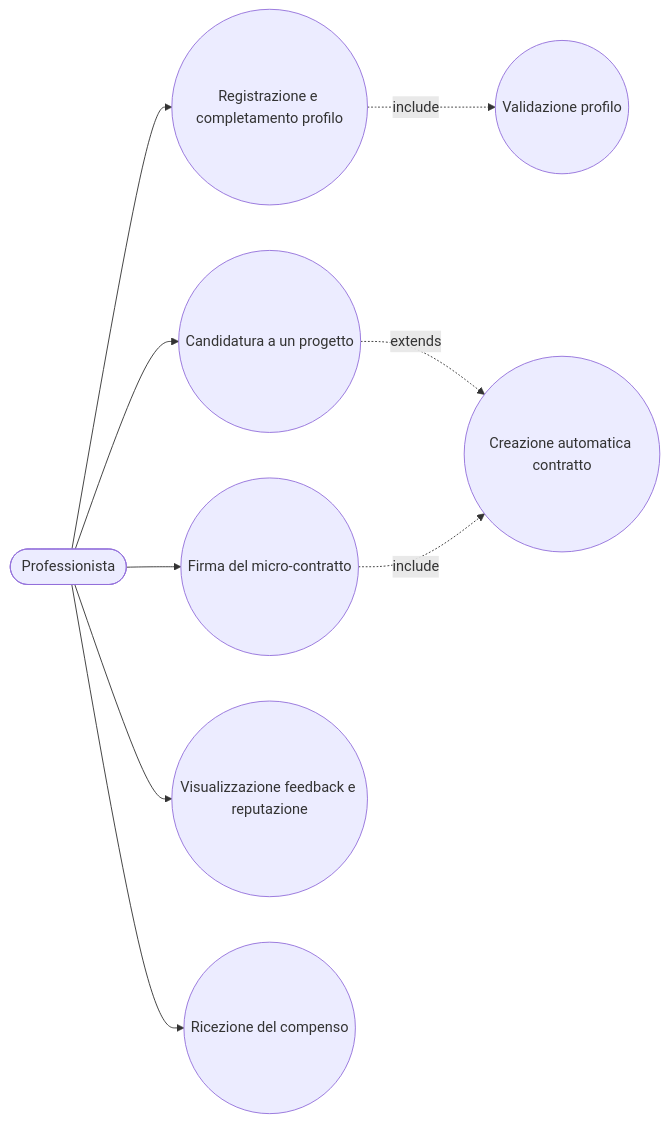
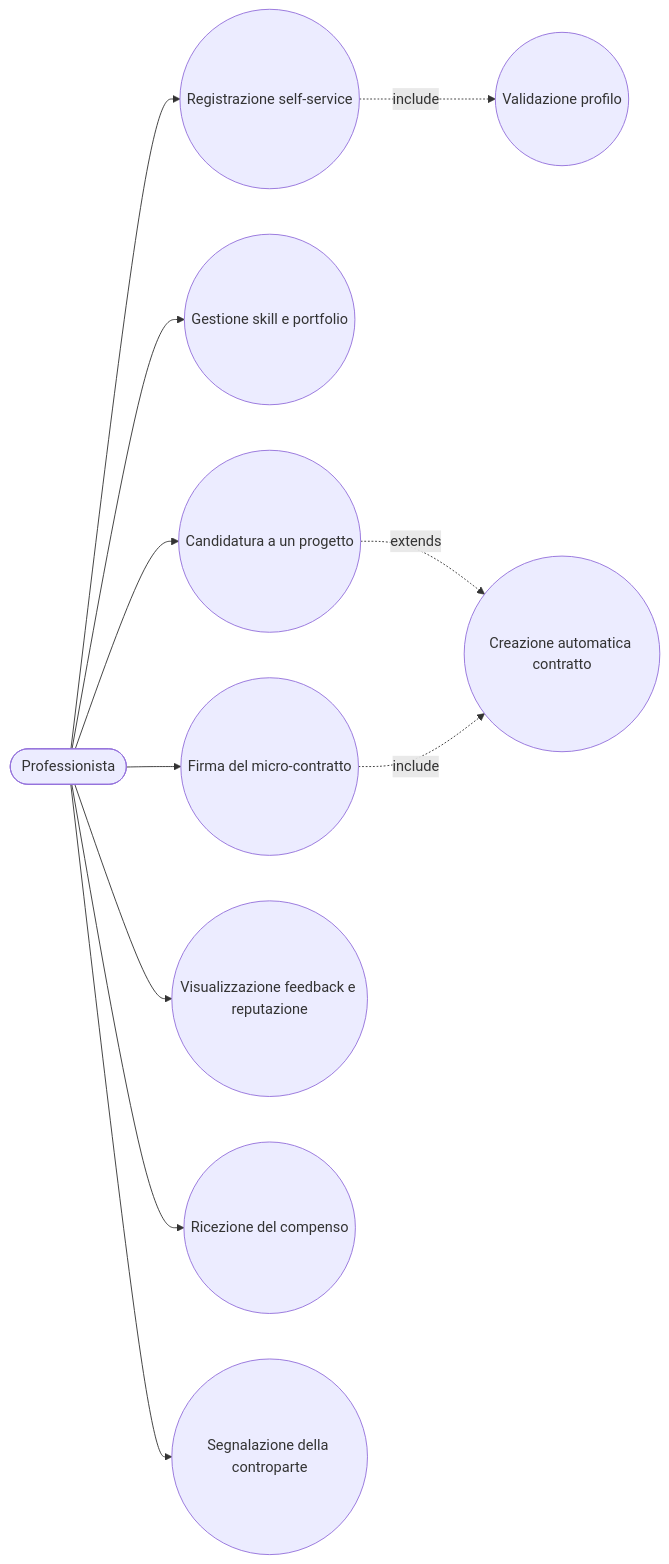
One commit to aandrioli62/skillmatch-2026 changed the diagram in docs/use-cases/professional-use-cases.md. Above: the diagram before and after it, drawn with Mermaid. The commit also changed other lines of this file and 79 other files, not shown here.

````diff
--- a/docs/use-cases/professional-use-cases.md
+++ b/docs/use-cases/professional-use-cases.md
@@ -5,21 +5,25 @@
 ```mermaid
 flowchart LR
     Prof(["Professionista"])
-    UC1((Registrazione e completamento profilo))
+    UC1((Registrazione self-service))
+    UC1b((Gestione skill e portfolio))
     UC2((Candidatura a un progetto))
     UC3((Firma del micro-contratto))
     UC4((Visualizzazione feedback e reputazione))
     UC5((Ricezione del compenso))
+    UC6((Segnalazione della controparte))
     UCValida((Validazione profilo))
     UCContratto((Creazione automatica contratto))
 
     Prof --> UC1
+    Prof --> UC1b
     Prof --> UC2
     Prof --> UC3
     Prof --> UC4
     Prof --> UC5
+    Prof --> UC6
 
     UC1 -.include.-> UCValida
     UC2 -.extends.-> UCContratto
     UC3 -.include.-> UCContratto
 ```
````
